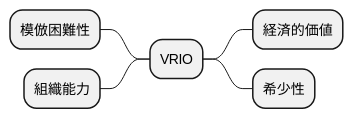
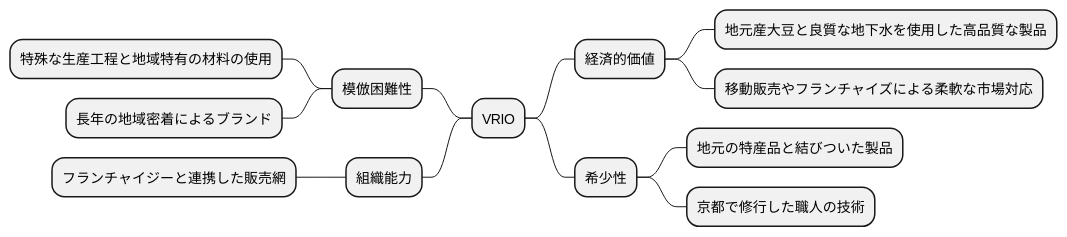
One commit to k2works/case-sutudy-business-analysis changed the fourth of 16 diagrams in docs/case/r03_case_2.adoc. Above: the diagram before and after it, drawn with PlantUML. The commit also changed other lines of this file, not shown here.

```diff
--- a/docs/case/r03_case_2.adoc
+++ b/docs/case/r03_case_2.adoc
@@ -148,13 +159,20 @@
 [plantuml]
 ----
 @startmindmap
 
 * VRIO
 ** 経済的価値
+*** 地元産大豆と良質な地下水を使用した高品質な製品
+*** 移動販売やフランチャイズによる柔軟な市場対応
 ** 希少性
+*** 地元の特産品と結びついた製品
+*** 京都で修行した職人の技術
 left side
 ** 模倣困難性
+*** 特殊な生産工程と地域特有の材料の使用
+*** 長年の地域密着によるブランド
 ** 組織能力
+*** フランチャイジーと連携した販売網
 
 @endmindmap
 ----
```
